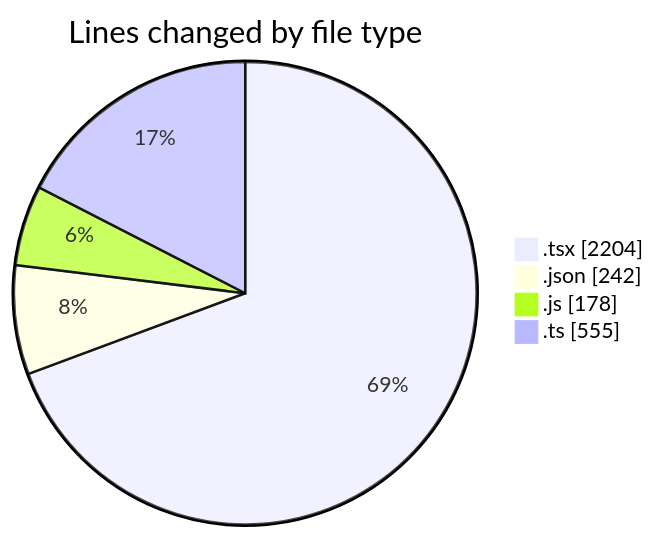
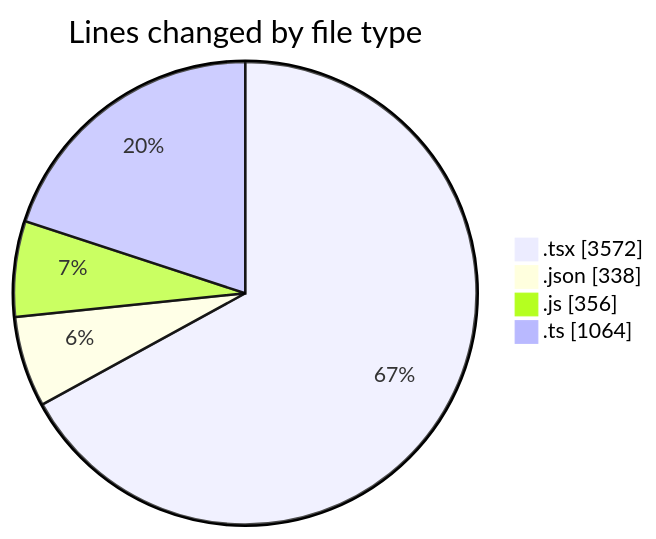
One commit to momahboobian/code-tracking changed the first of 2 diagrams in 2026-08-07/cda/README.md. Above: the diagram before and after it, drawn with Mermaid. The commit also changed other lines of this file and 1 other file, not shown here.

````diff
--- a/2026-08-07/cda/README.md
+++ b/2026-08-07/cda/README.md
@@ -31,8 +33,8 @@
 ```mermaid
 pie showData
 title Lines changed by file type
-".tsx" : 2204
-".json" : 242
-".js" : 178
-".ts" : 555
+".tsx" : 3572
+".json" : 338
+".js" : 356
+".ts" : 1064
 ```
````
